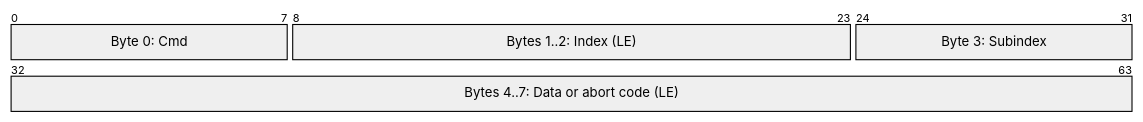
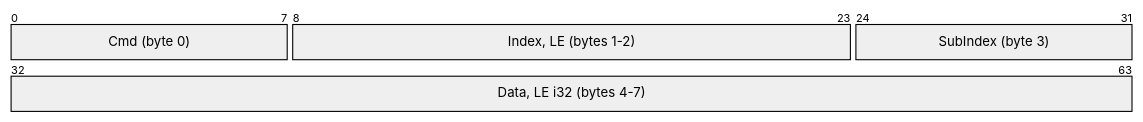
The second of 4 diagrams in Motor/MotProtocol/MotCan/README.md (FireSourcery/FireSourcery_Library), drawn with Mermaid before and after one commit. The commit also changed other lines of this file and 9 other files, not shown here.

````diff
--- a/Motor/MotProtocol/MotCan/README.md
+++ b/Motor/MotProtocol/MotCan/README.md
@@ -28,7 +74,7 @@
 ```mermaid
 packet-beta
-    0-7: "Byte 0: Cmd"
-    8-23: "Bytes 1..2: Index (LE)"
-    24-31: "Byte 3: Subindex"
-    32-63: "Bytes 4..7: Data or abort code (LE)"
+0-7: "Cmd (byte 0)"
+8-23: "Index, LE (bytes 1-2)"
+24-31: "SubIndex (byte 3)"
+32-63: "Data, LE i32 (bytes 4-7)"
 ```
````
